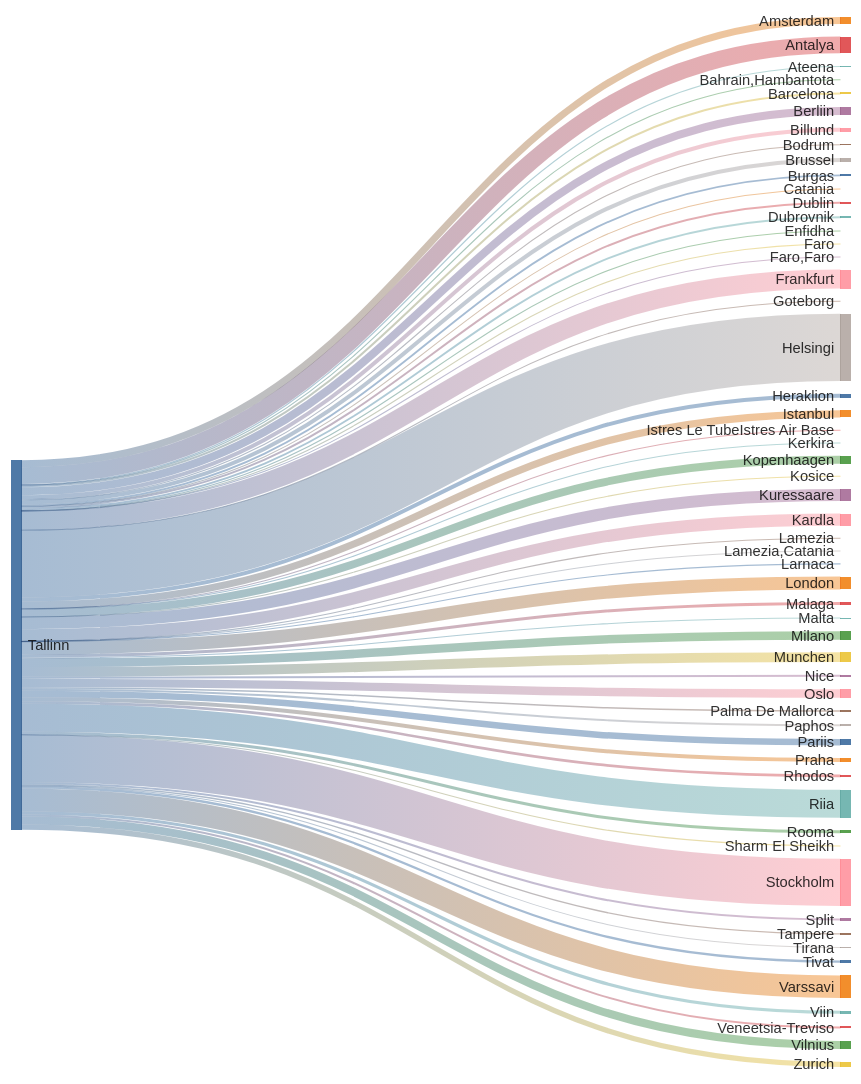
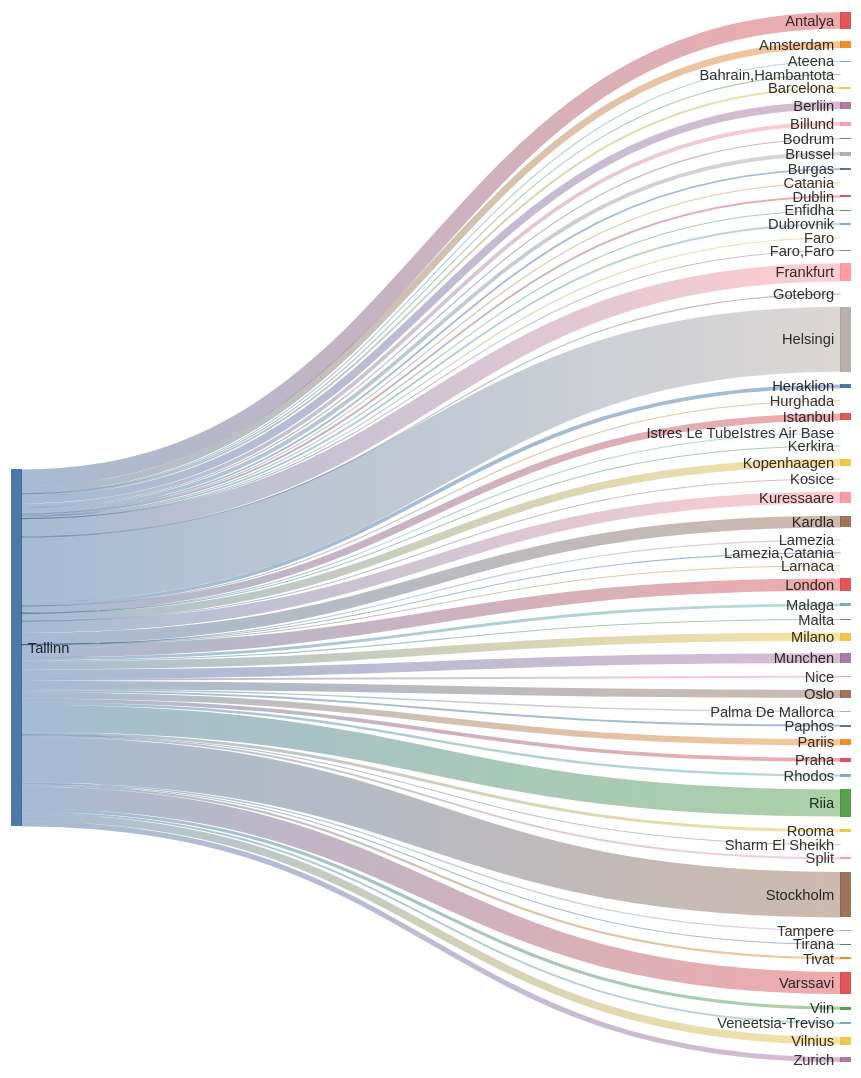
Before and after one commit to rainermesi/tll-airport-departures: the second of 2 diagrams in README.md, drawn with Mermaid. The commit also changed other lines of this file, not shown here.

````diff
--- a/README.md
+++ b/README.md
@@ -34,68 +34,69 @@
 ```mermaid
 ---
 config:
   sankey:
     showValues: false
     width: 800
     height: 1000
 ---
 sankey-beta
 %% source,target,value
-Tallinn,Amsterdam,78
-Tallinn,Antalya,188
+Tallinn,Amsterdam,79
+Tallinn,Antalya,192
 Tallinn,Ateena,13
 Tallinn,"Bahrain,Hambantota",1
 Tallinn,Barcelona,23
 Tallinn,Berliin,90
 Tallinn,Billund,45
 Tallinn,Bodrum,11
 Tallinn,Brussel,45
 Tallinn,Burgas,21
 Tallinn,Catania,2
-Tallinn,Dublin,22
+Tallinn,Dublin,23
 Tallinn,Dubrovnik,21
 Tallinn,Enfidha,6
 Tallinn,Faro,4
 Tallinn,"Faro,Faro",1
-Tallinn,Frankfurt,213
+Tallinn,Frankfurt,215
 Tallinn,Goteborg,1
-Tallinn,Helsingi,754
+Tallinn,Helsingi,763
 Tallinn,Heraklion,44
-Tallinn,Istanbul,81
+Tallinn,Hurghada,1
+Tallinn,Istanbul,82
 Tallinn,Istres Le TubeIstres Air Base,2
 Tallinn,Kerkira,4
-Tallinn,Kopenhaagen,88
+Tallinn,Kopenhaagen,89
 Tallinn,Kosice,1
-Tallinn,Kuressaare,135
-Tallinn,Kardla,135
+Tallinn,Kuressaare,136
+Tallinn,Kardla,136
 Tallinn,Lamezia,1
 Tallinn,"Lamezia,Catania",3
 Tallinn,Larnaca,2
-Tallinn,London,144
-Tallinn,Malaga,33
-Tallinn,Malta,11
+Tallinn,London,146
+Tallinn,Malaga,34
+Tallinn,Malta,12
 Tallinn,Milano,96
-Tallinn,Munchen,110
+Tallinn,Munchen,112
 Tallinn,Nice,22
-Tallinn,Oslo,94
+Tallinn,Oslo,95
 Tallinn,Palma De Mallorca,17
 Tallinn,Paphos,22
 Tallinn,Pariis,73
 Tallinn,Praha,44
 Tallinn,Rhodos,29
-Tallinn,Riia,313
+Tallinn,Riia,317
 Tallinn,Rooma,34
 Tallinn,Sharm El Sheikh,2
 Tallinn,Split,23
-Tallinn,Stockholm,529
+Tallinn,Stockholm,533
 Tallinn,Tampere,16
 Tallinn,Tirana,8
 Tallinn,Tivat,26
-Tallinn,Varssavi,254
-Tallinn,Veneetsia-Treviso,22
-Tallinn,Viin,36
+Tallinn,Varssavi,257
+Tallinn,Veneetsia-Treviso,23
+Tallinn,Viin,37
 Tallinn,Vilnius,90
 Tallinn,Zurich,60
 
 
 ```
````
